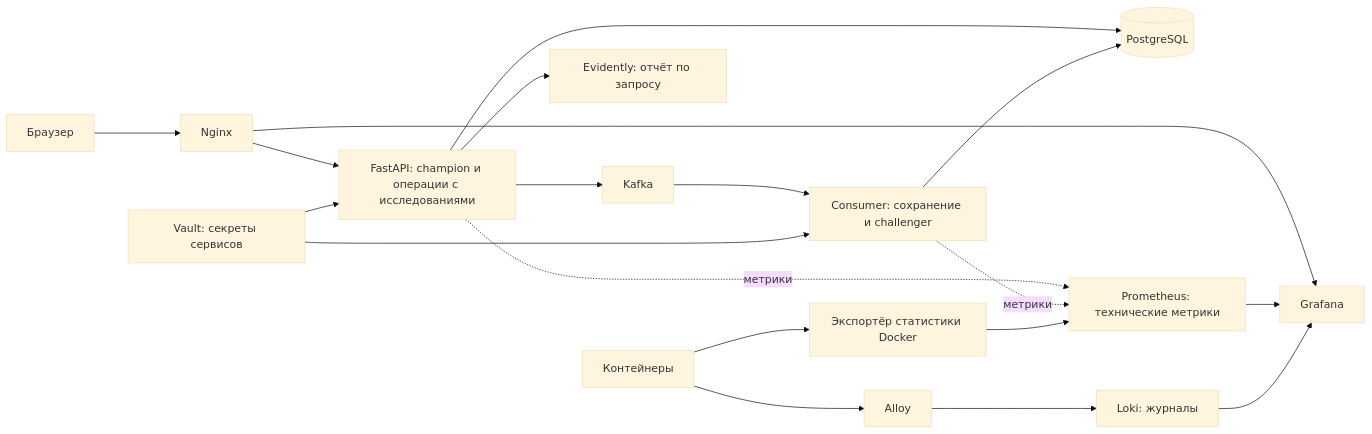
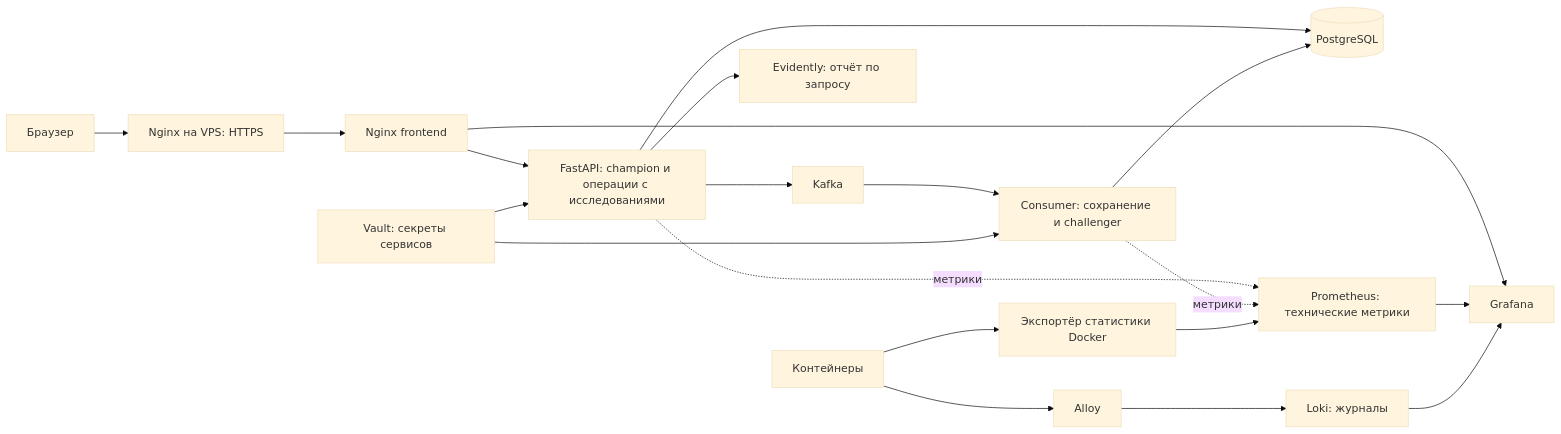
Before and after one commit to Qekqq/DevOps_Project: the diagram in README.md, drawn with Mermaid (base theme). The commit also changed other lines of this file and 14 other files, not shown here.

````diff
--- a/README.md
+++ b/README.md
@@ -21,21 +22,22 @@
 ```mermaid
 flowchart LR
-    Browser[Браузер] --> Nginx[Nginx]
+    Browser[Браузер] --> TLS[Nginx на VPS: HTTPS]
+    TLS --> Nginx[Nginx frontend]
     Nginx --> API[FastAPI: champion и операции с исследованиями]
     API --> DB[(PostgreSQL)]
     API --> Kafka[Kafka]
     Kafka --> Consumer[Consumer: сохранение и challenger]
     Consumer --> DB
     Vault[Vault: секреты сервисов] --> API
     Vault --> Consumer
     API --> ML[Evidently: отчёт по запросу]
     Nginx --> Grafana[Grafana]
     Prometheus[Prometheus: технические метрики] --> Grafana
     Loki[Loki: журналы] --> Grafana
     API -. метрики .-> Prometheus
     Consumer -. метрики .-> Prometheus
     Containers[Контейнеры] --> Alloy[Alloy]
     Alloy --> Loki
     Containers --> Stats[Экспортёр статистики Docker]
     Stats --> Prometheus
 ```
````
